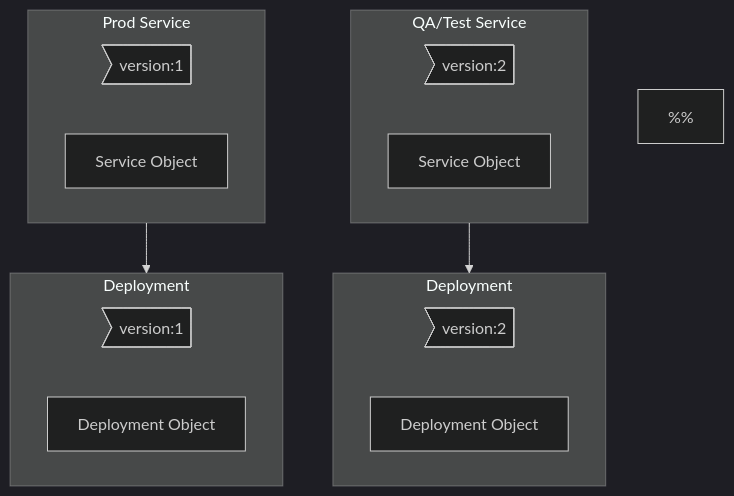
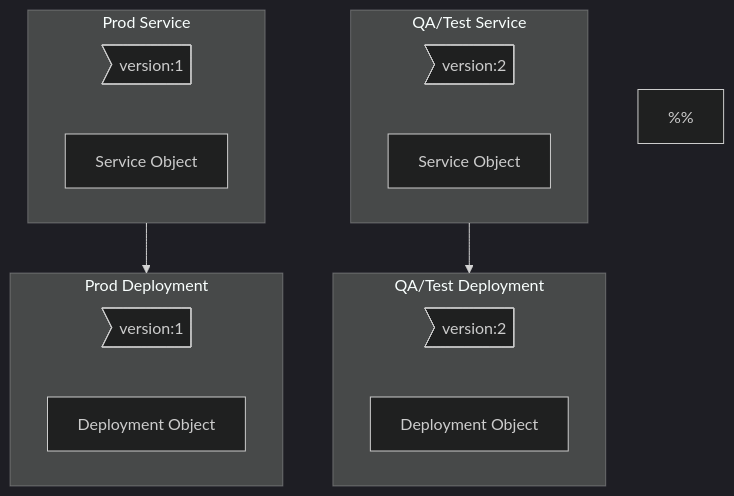
The third of 4 diagrams in content/k8s/in-depth/deployment-strategies.md (imagineLife/big-site), drawn with Mermaid (dark theme) before and after one commit. The commit also changed other lines of this file, not shown here.

````diff
--- a/content/k8s/in-depth/deployment-strategies.md
+++ b/content/k8s/in-depth/deployment-strategies.md
@@ -80,45 +86,44 @@
 ```mermaid
 flowchart 
   direction TB
   
   %%
   %%  second section
   %%
   LB3V2>"version:2"]
   LB4V2>"version:2"]
   DP2["Deployment Object"]
   SVC2["Service Object"]
 
-  subgraph DPG2["Deployment"]
+  subgraph DPG2[" QA/Test Deployment"]
     LB3V2
     DP2
   end
 
   subgraph SVCG2["QA/Test Service"]
     LB4V2
     SVC2
   end
 
-  
+
   %%
   %%  first section
   %%
   LB1>"version:1"]
   LB2>"version:1"]
   DP["Deployment Object"]
   SVC["Service Object"]
 
-  subgraph Deployment
+  subgraph PRDP["Prod Deployment"]
     LB1
     DP
   end
 
   subgraph SVC1["Prod Service"]
     LB2
     SVC
   end
 
   SVCG2 --> DPG2
-  SVC1 --> Deployment
-  
+  SVC1 --> PRDP
 ```
````
